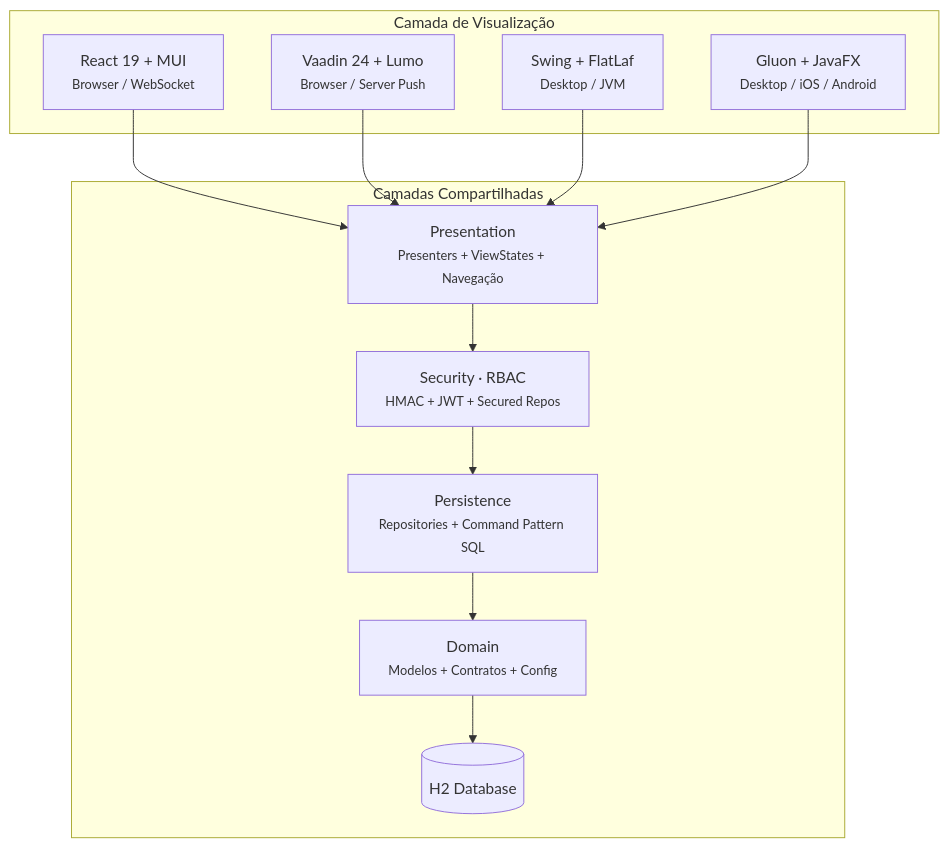
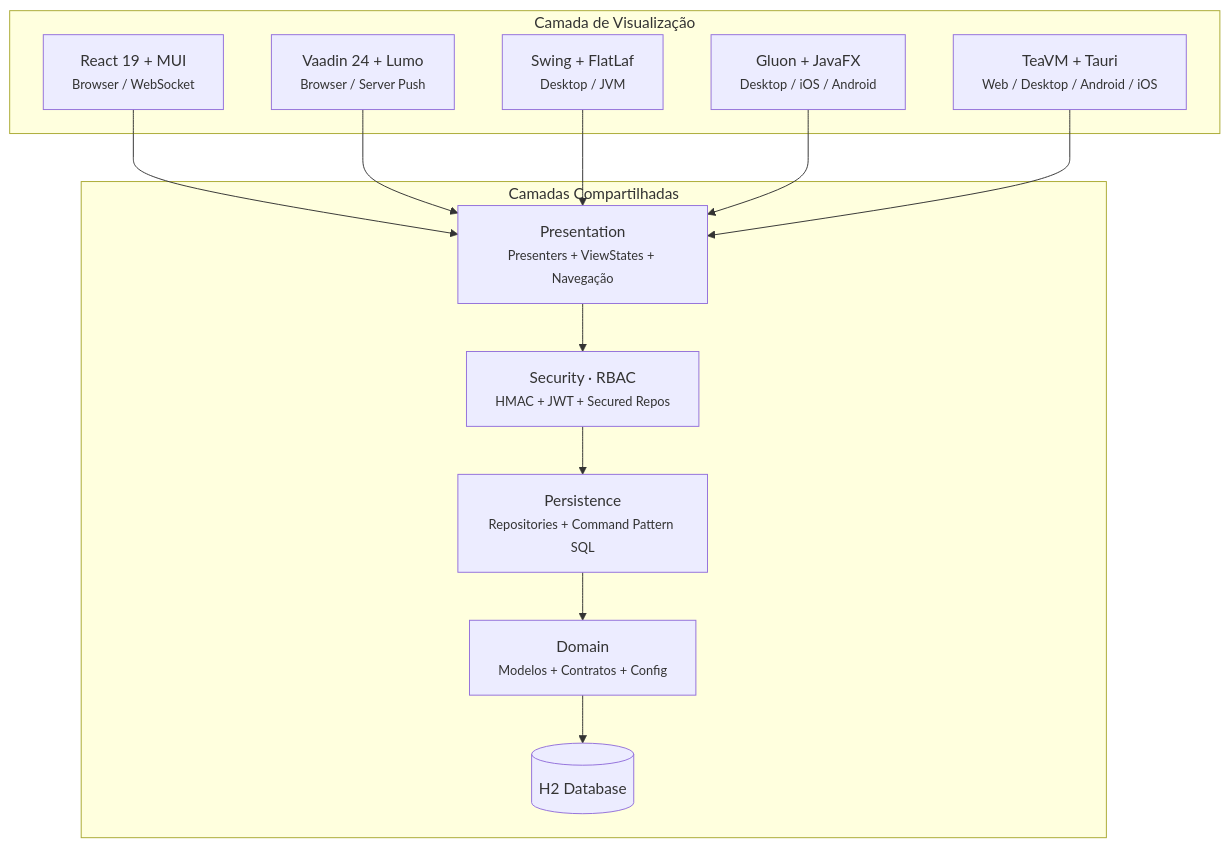
The first of 3 diagrams in README.md (mrcdom/wdc-cube-java-v2), drawn with Mermaid before and after one commit. The commit also changed other lines of this file and 3 other files, not shown here.

````diff
--- a/README.md
+++ b/README.md
@@ -9,23 +9,25 @@
 ```mermaid
 graph TD
     subgraph Views["Camada de Visualização"]
         R["React 19 + MUI<br/><small>Browser / WebSocket</small>"]
         V["Vaadin 24 + Lumo<br/><small>Browser / Server Push</small>"]
         SW["Swing + FlatLaf<br/><small>Desktop / JVM</small>"]
         GLN["Gluon + JavaFX<br/><small>Desktop / iOS / Android</small>"]
+        TVM["TeaVM + Tauri<br/><small>Web / Desktop / Android / iOS</small>"]
     end
 
     subgraph Core["Camadas Compartilhadas"]
         P["Presentation<br/><small>Presenters + ViewStates + Navegação</small>"]
         SEC["Security · RBAC<br/><small>HMAC + JWT + Secured Repos</small>"]
         PER["Persistence<br/><small>Repositories + Command Pattern SQL</small>"]
         DOM["Domain<br/><small>Modelos + Contratos + Config</small>"]
         DB[("H2 Database")]
     end
 
     R --> P
     V --> P
     SW --> P
     GLN --> P
+    TVM --> P
     P --> SEC --> PER --> DOM --> DB
 ```
````
